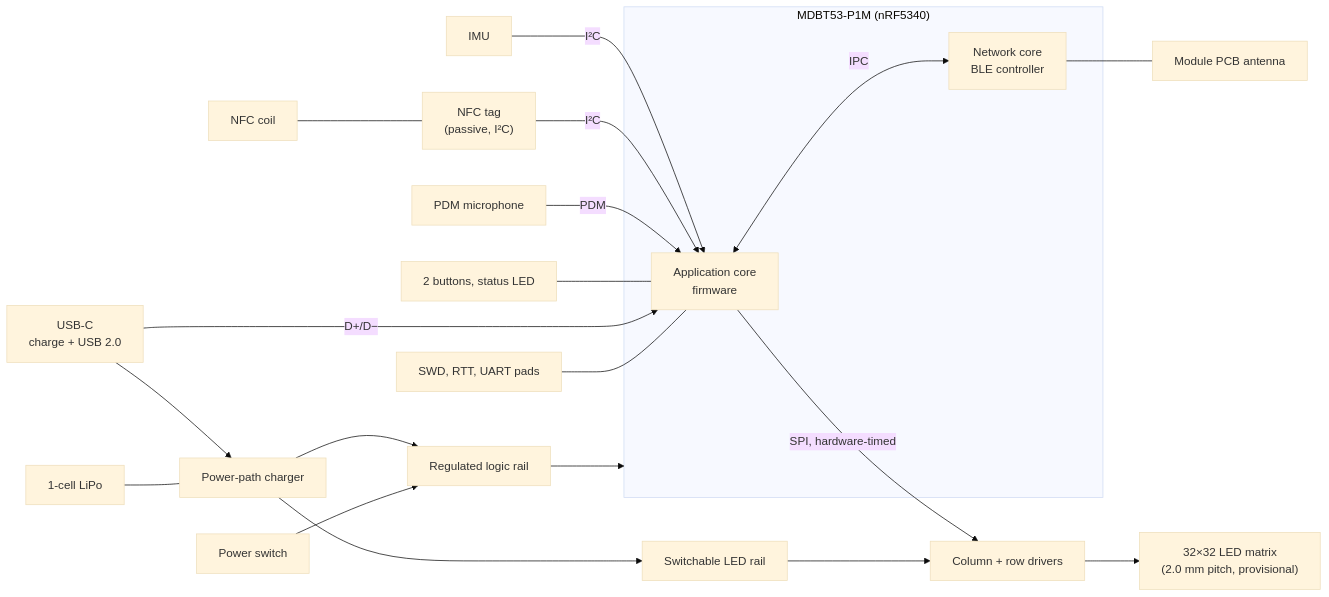
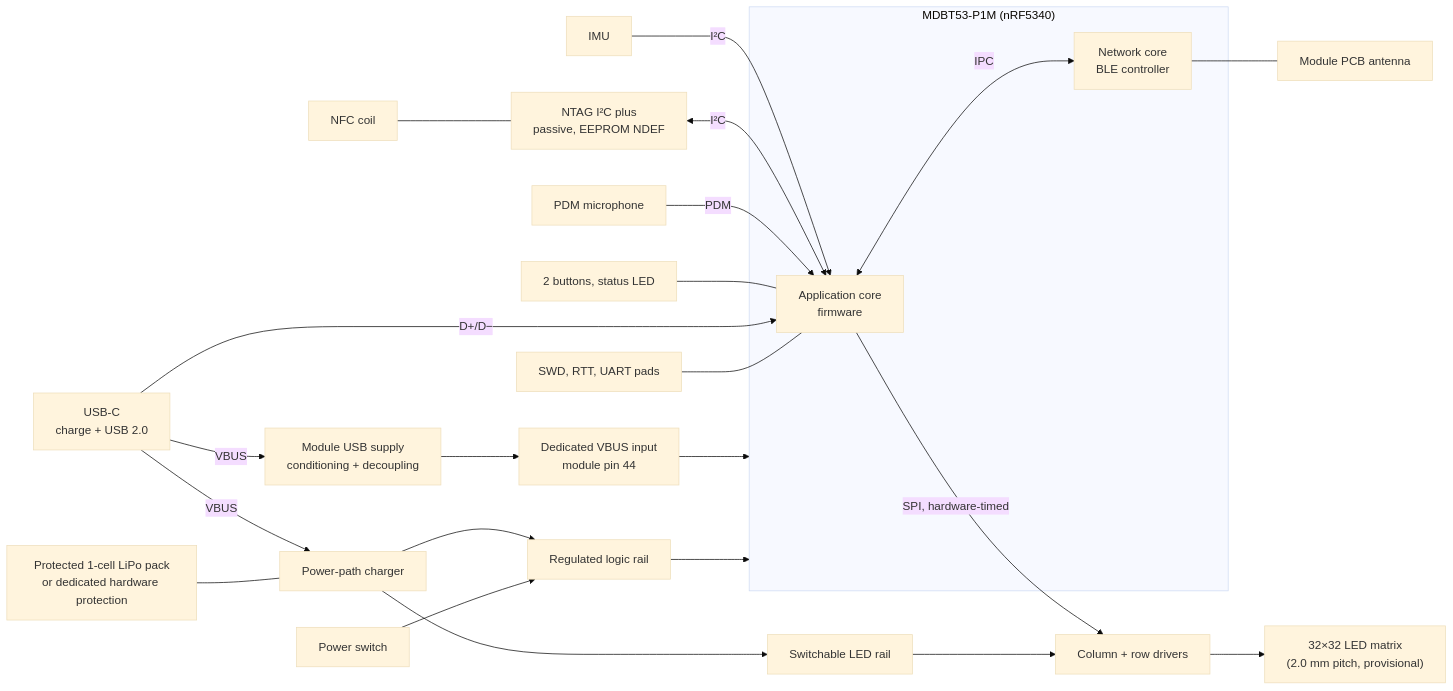
Before and after one commit to zgeez/Pixel-Badge: the diagram in docs/architecture.md, drawn with Mermaid (base theme). The commit also changed other lines of this file and 14 other files, not shown here.

Commit message:
docs: address architecture review findings

````diff
--- a/docs/architecture.md
+++ b/docs/architecture.md
@@ -25,28 +25,31 @@
 ```mermaid
 flowchart LR
     subgraph MOD["MDBT53-P1M (nRF5340)"]
         APP["Application core<br/>firmware"]
         NET["Network core<br/>BLE controller"]
         APP <-->|IPC| NET
     end
     NET --- ANT["Module PCB antenna"]
 
     APP -->|"SPI, hardware-timed"| DRV["Column + row drivers"]
     DRV --> MATRIX["32×32 LED matrix<br/>(2.0 mm pitch, provisional)"]
     IMU["IMU"] -->|I²C| APP
-    NFC["NFC tag<br/>(passive, I²C)"] -->|I²C| APP
+    NFC["NTAG I²C plus<br/>passive, EEPROM NDEF"] <-->|I²C| APP
     COIL["NFC coil"] --- NFC
     MIC["PDM microphone"] -->|PDM| APP
     UI["2 buttons, status LED"] --- APP
 
-    USB["USB-C<br/>charge + USB 2.0"] --> CHG["Power-path charger"]
+    USB["USB-C<br/>charge + USB 2.0"] -->|VBUS| CHG["Power-path charger"]
+    USB -->|VBUS| USBPWR["Module USB supply<br/>conditioning + decoupling"]
+    USBPWR --> VBUS["Dedicated VBUS input<br/>module pin 44"]
+    VBUS --> MOD
     USB -->|D+/D−| APP
-    BATT["1-cell LiPo"] --- CHG
+    BATT["Protected 1-cell LiPo pack<br/>or dedicated hardware protection"] --- CHG
     CHG --> LOGIC["Regulated logic rail"]
     CHG --> LED["Switchable LED rail"]
     SW["Power switch"] --> LOGIC
     LOGIC --> MOD
     LED --> DRV
 
     DBG["SWD, RTT, UART pads"] --- APP
 ```
````
